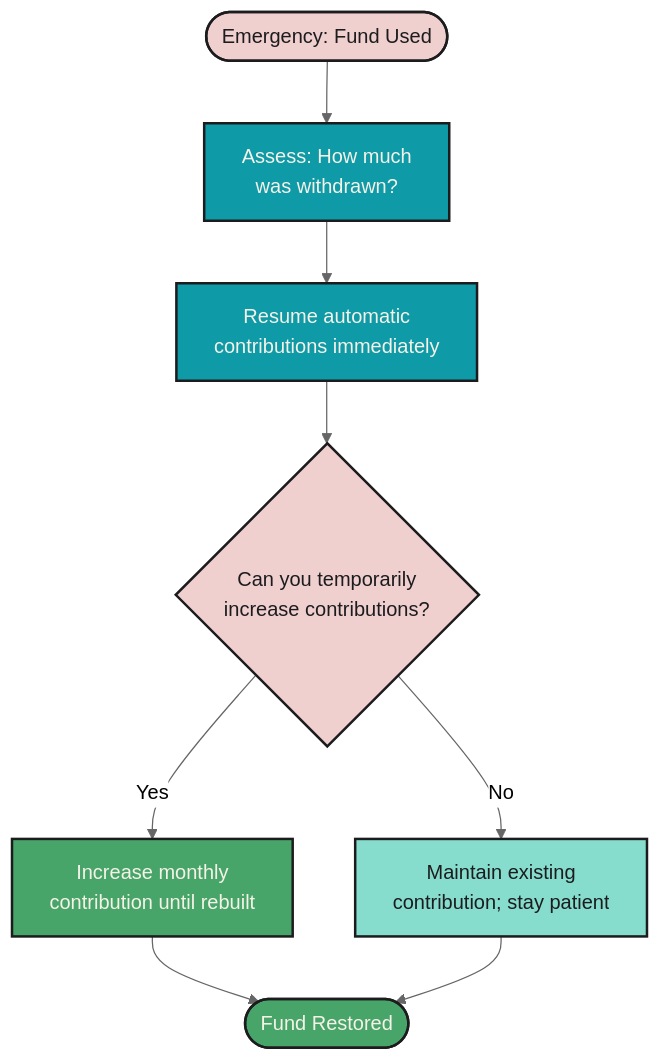
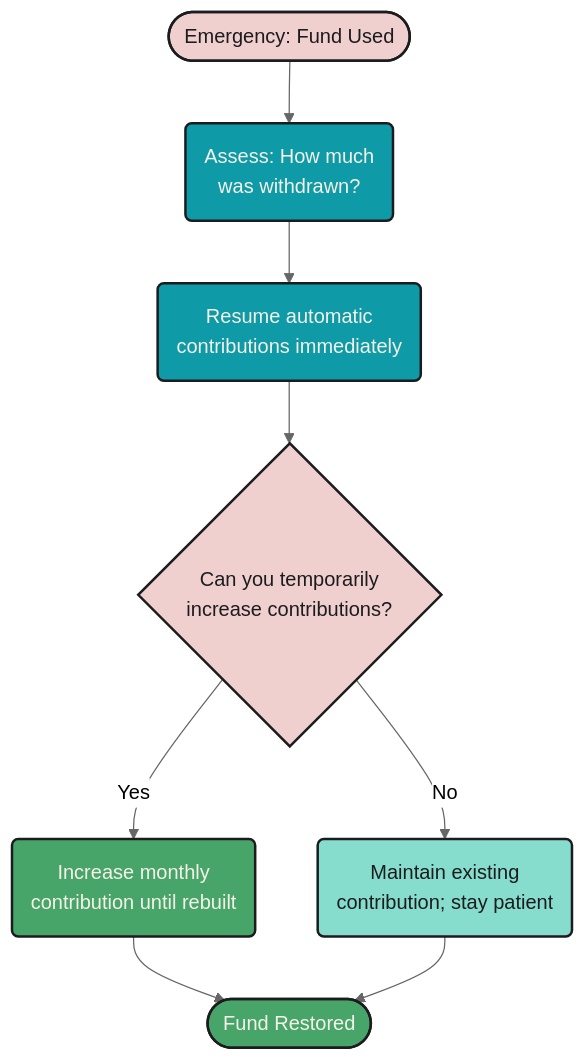
Before and after one commit to mjfrigaard/fm-finance: the fourth of 5 diagrams in emergency_fund.qmd, drawn with Mermaid. The commit also changed other lines of this file and 20 other files, not shown here.

Commit message:
updates to mermaid diagrams

````diff
--- a/emergency_fund.qmd
+++ b/emergency_fund.qmd
@@ -277,21 +267,21 @@
 ```{mermaid}
 %%| fig-cap: 'Rebuild Protocol'
 %%| fig-align: center
-%%{init: {'theme': 'neutral', 'themeVariables': { 'fontFamily': 'monospace', "fontSize":"16px"}}}%%
+%%{init: {'theme': 'neutral', 'themeVariables': { 'fontFamily': 'monospace', "darkMode":false, "fontSize":"16px"}}}%%
 
 flowchart TD
-    Use([Emergency: Fund Used]) --> Assess[Assess: How much<br>was withdrawn?]
-    Assess --> Resume[Resume automatic<br>contributions immediately]
-    Resume --> Temp{Can you temporarily<br>increase contributions?}
-    Temp -->|Yes| Boost[Increase monthly<br>contribution until rebuilt]
-    Temp -->|No| Steady[Maintain existing<br>contribution; stay patient]
-    Boost --> Target([Fund Restored])
+    Use(["Emergency: Fund Used"]) --> Assess("Assess: How much<br>was withdrawn?")
+    Assess --> Resume("Resume automatic<br>contributions immediately")
+    Resume --> Temp{"Can you temporarily<br>increase contributions?"}
+    Temp -->|"Yes"| Boost("Increase monthly<br>contribution until rebuilt")
+    Temp -->|"No"| Steady("Maintain existing<br>contribution; stay patient")
+    Boost --> Target(["Fund Restored"])
     Steady --> Target
     style Use fill:#f0cfcf,color:#1C1C1E,stroke:#1C1C1E,stroke-width:2px
     style Assess fill:#0e9aa7,color:#F5F2E8,stroke:#1C1C1E,stroke-width:2px
     style Resume fill:#0e9aa7,color:#F5F2E8,stroke:#1C1C1E,stroke-width:2px
     style Temp fill:#f0cfcf,color:#1C1C1E,stroke:#1C1C1E,stroke-width:2px
     style Boost fill:#48a56a,color:#F5F2E8,stroke:#1C1C1E,stroke-width:2px
     style Steady fill:#86ddcd,color:#1C1C1E,stroke:#1C1C1E,stroke-width:2px
     style Target fill:#48a56a,color:#F5F2E8,stroke:#1C1C1E,stroke-width:2px
 ```
````
